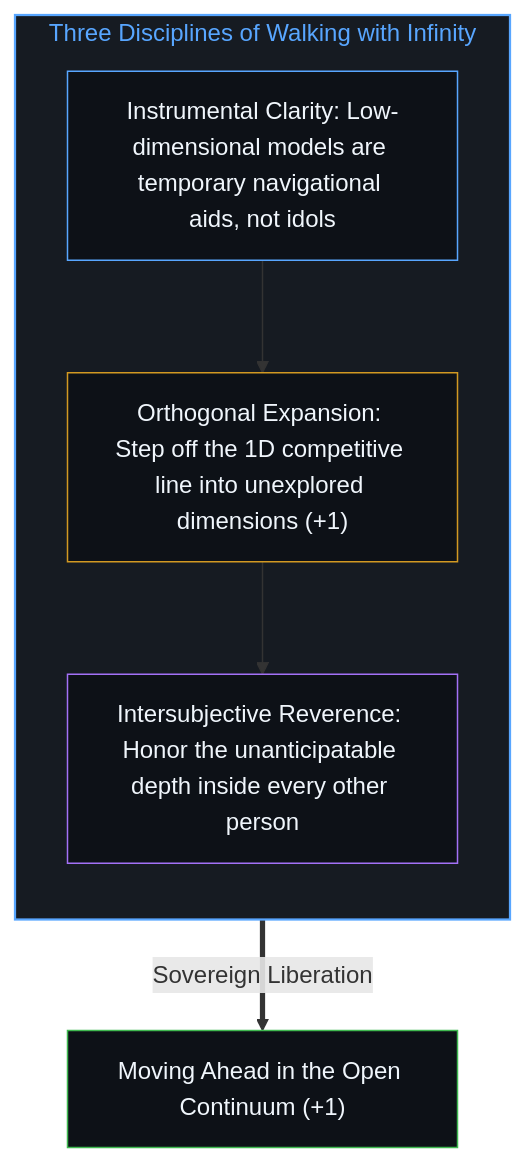
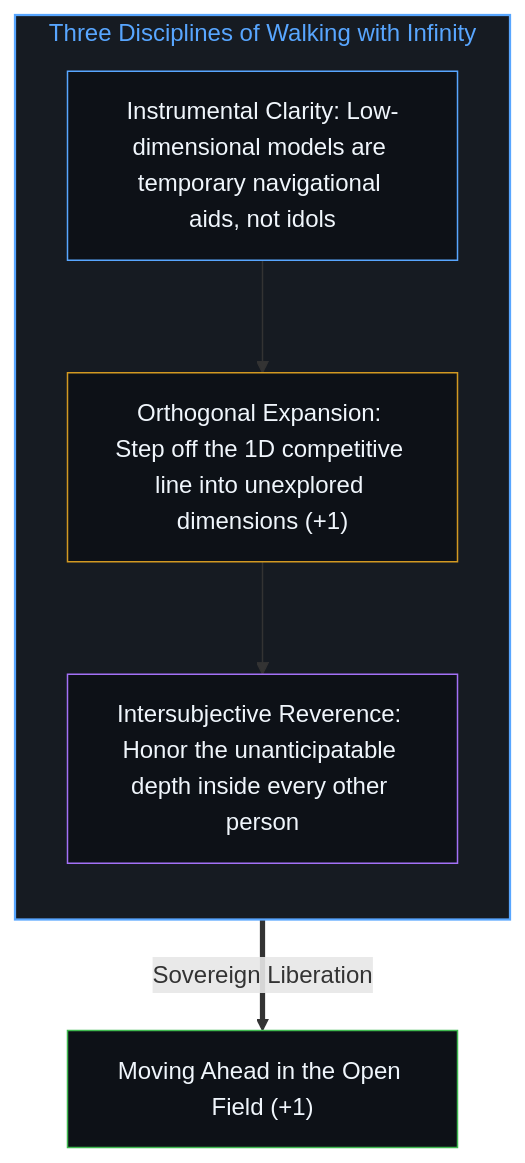
The tenth of 10 diagrams in content/posts/the-shadow-and-the-infinite.md (powerpig99/not-a-toe), drawn with Mermaid before and after one commit. The commit also changed other lines of this file and 2 other files, not shown here.

````diff
--- a/content/posts/the-shadow-and-the-infinite.md
+++ b/content/posts/the-shadow-and-the-infinite.md
@@ -290,18 +290,18 @@
 ```mermaid
 flowchart TD
     subgraph ThreeEthicalRules["Three Disciplines of Walking with Infinity"]
         direction TB
         Rule1["Instrumental Clarity: Low-dimensional models are temporary navigational aids, not idols"]
         Rule2["Orthogonal Expansion: Step off the 1D competitive line into unexplored dimensions (+1)"]
         Rule3["Intersubjective Reverence: Honor the unanticipatable depth inside every other person"]
         Rule1 --> Rule2
         Rule2 --> Rule3
     end
-    OpenLivingField["Moving Ahead in the Open Continuum (+1)"]
+    OpenLivingField["Moving Ahead in the Open Field (+1)"]
     Rule3 ==>|"Sovereign Liberation"| OpenLivingField
     style ThreeEthicalRules fill:#161b22,stroke:#58a6ff,stroke-width:1.5px,color:#58a6ff
     style Rule1 fill:#0d1117,stroke:#58a6ff,stroke-width:1px,color:#f0f6fc
     style Rule2 fill:#0d1117,stroke:#d29922,stroke-width:1px,color:#f0f6fc
     style Rule3 fill:#0d1117,stroke:#a371f7,stroke-width:1px,color:#f0f6fc
     style OpenLivingField fill:#0d1117,stroke:#3fb950,stroke-width:1px,color:#f0f6fc
 ```
````
